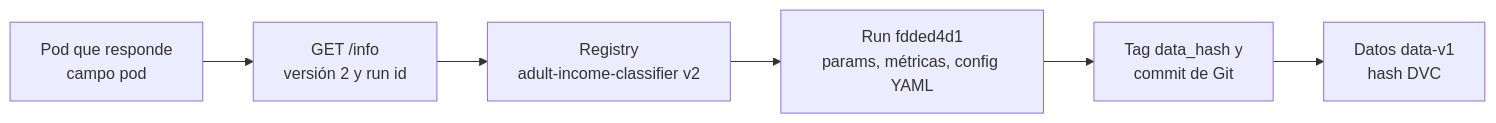
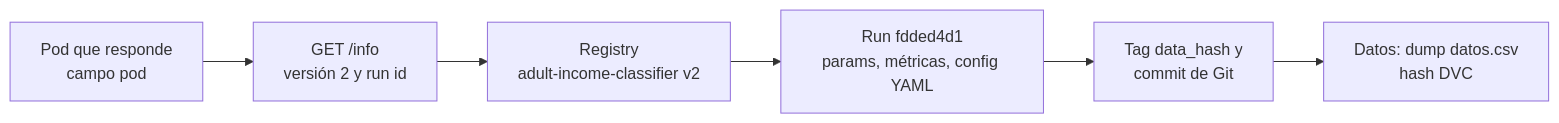
The second of 2 diagrams in docs/arquitectura.md (AcademicHumber/proyecto-final-mlops), drawn with Mermaid before and after one commit. The commit also changed other lines of this file and 12 other files, not shown here.

````diff
--- a/docs/arquitectura.md
+++ b/docs/arquitectura.md
@@ -101,8 +101,8 @@
 ```mermaid
 flowchart LR
     A["Pod que responde<br/>campo pod"] --> B["GET /info<br/>versión 2 y run id"]
     B --> C["Registry<br/>adult-income-classifier v2"]
     C --> D["Run fdded4d1<br/>params, métricas, config YAML"]
     D --> E["Tag data_hash y<br/>commit de Git"]
-    E --> F["Datos data-v1<br/>hash DVC"]
+    E --> F["Datos: dump datos.csv<br/>hash DVC"]
 ```
````
